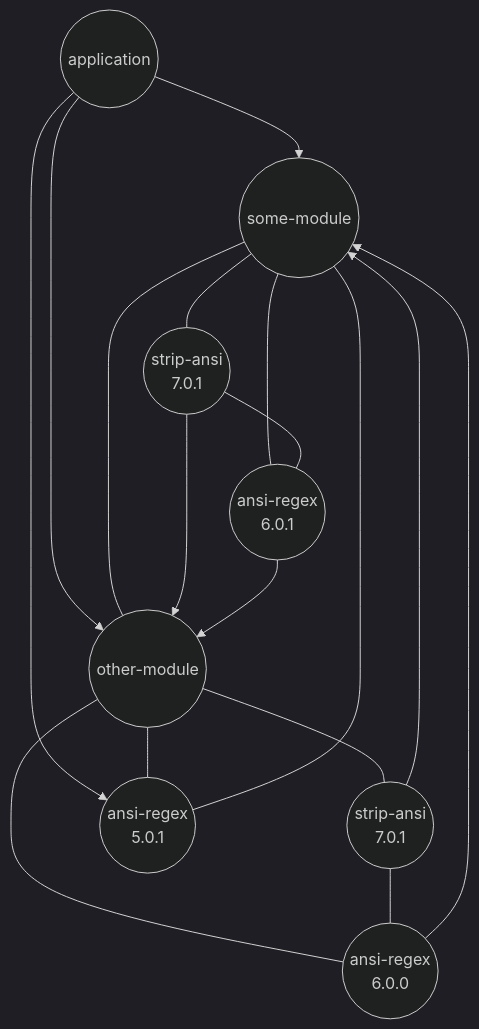
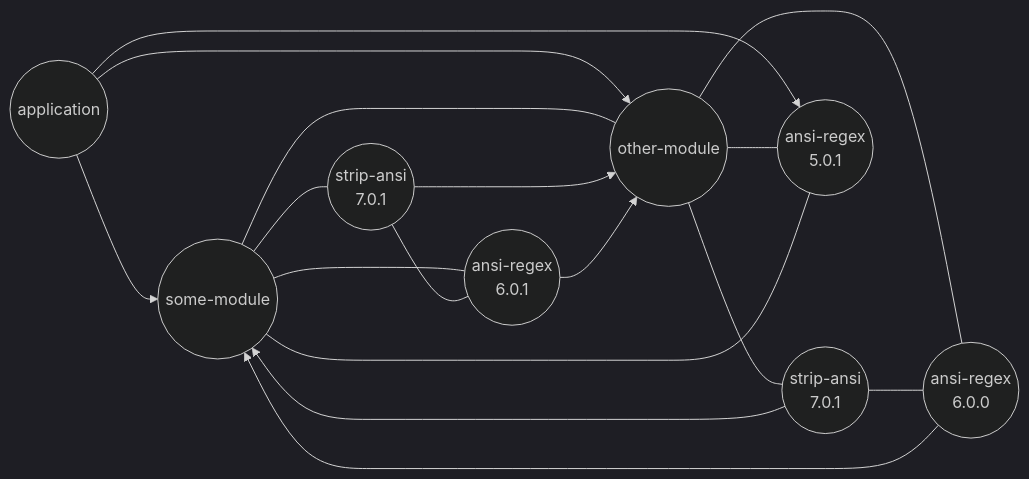
One commit to CycloneDX/cyclonedx-node-npm changed the second of 2 diagrams in docs/result.md. Above: the diagram before and after it, drawn with Mermaid (dark theme). The commit also changed other lines of this file, not shown here.

````diff
--- a/docs/result.md
+++ b/docs/result.md
@@ -93,27 +93,27 @@
 ```mermaid
-graph TB
+graph LR
     R((application))
     A((some-module))
     B((other-module))
     C1((strip-ansi<br/>7.0.1))
     C2((strip-ansi<br/>7.0.1))
     D1((ansi-regex<br/>6.0.1))
     D2((ansi-regex<br/>6.0.0))
     D3((ansi-regex<br/>5.0.1))
     R  --> A
     R  --> B
     R  --> D3
     A  --- B
     B  --- D3
     D3 --- A
     A  --- C1
     B  --- C2
     A  --- D1
     B  --- D2
     C1 --- D1
     C2 --- D2
     C1 --> B
     C2 --> A
     D1 --> B
     D2 --> A
 ```
````
